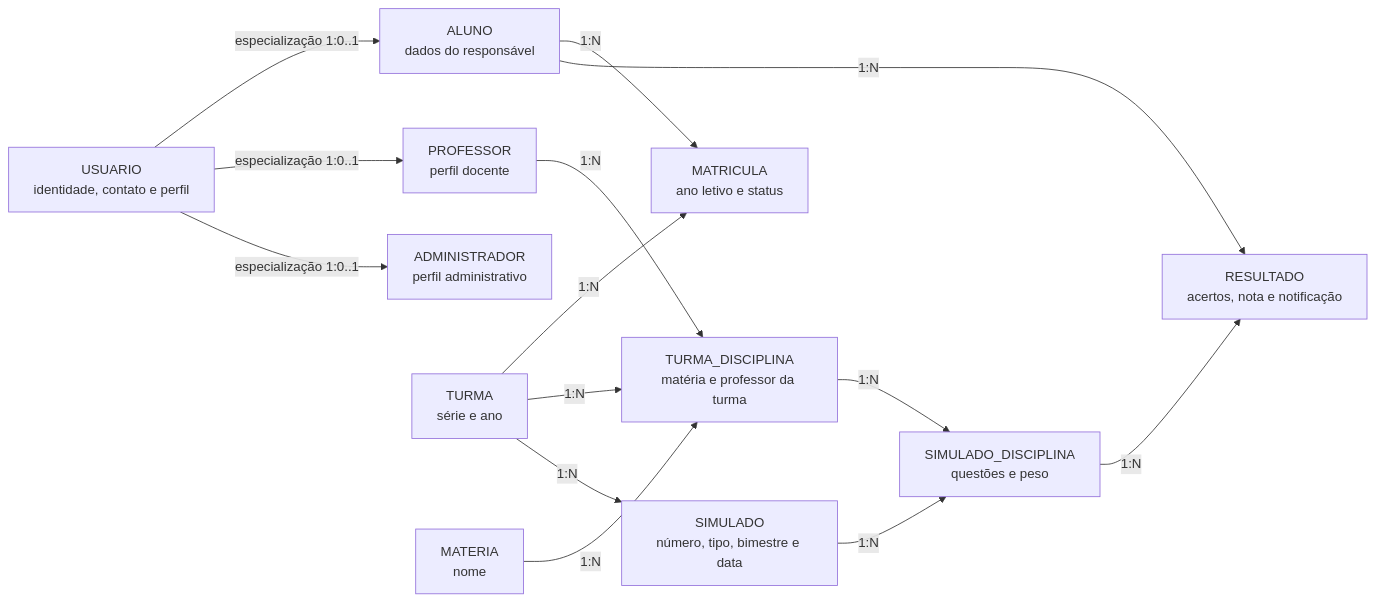
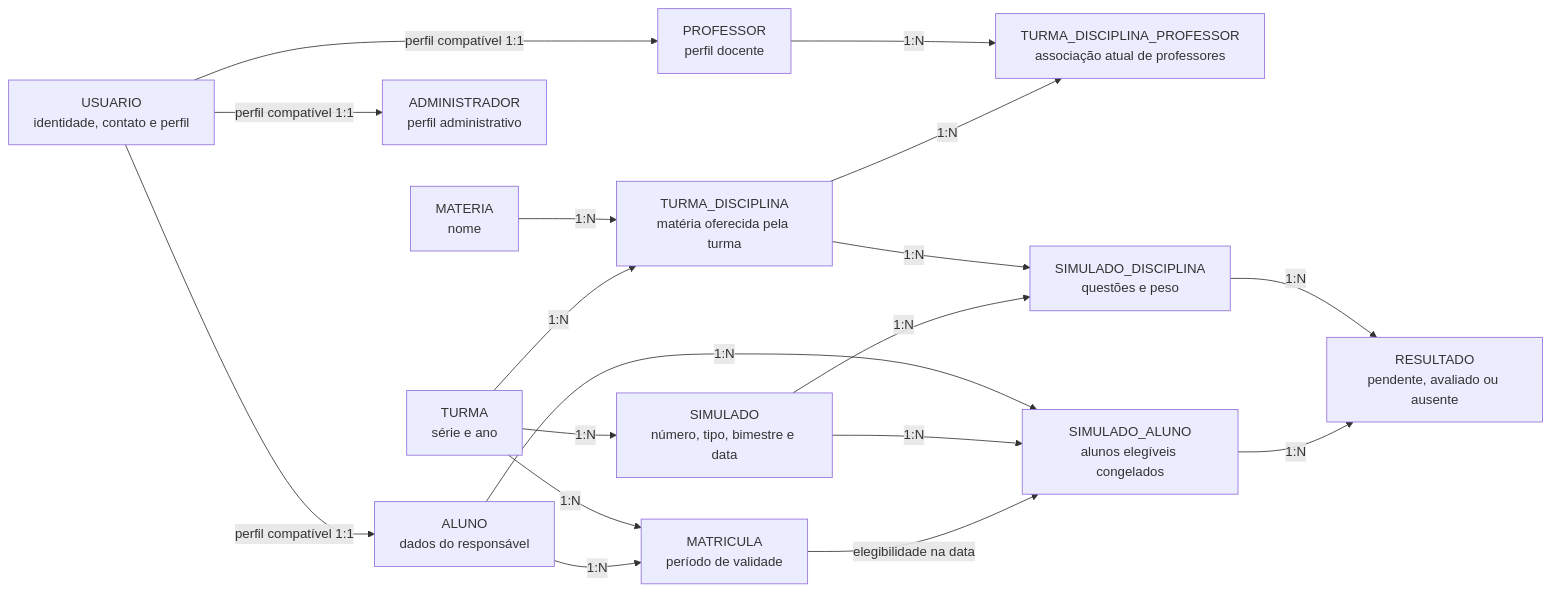
One commit to NotasMAX/Documentacao changed the first of 3 diagrams in README.md. Above: the diagram before and after it, drawn with Mermaid. The commit also changed other lines of this file, not shown here.

Commit message:
docs: atualiza diagramas conceituais do modelo de dados

````diff
--- a/README.md
+++ b/README.md
@@ -410,28 +412,34 @@
 ```mermaid
 flowchart LR
     U["USUARIO<br/>identidade, contato e perfil"]
     A["ALUNO<br/>dados do responsável"]
     P["PROFESSOR<br/>perfil docente"]
     AD["ADMINISTRADOR<br/>perfil administrativo"]
-    M["MATRICULA<br/>ano letivo e status"]
+    M["MATRICULA<br/>período de validade"]
     T["TURMA<br/>série e ano"]
     MT["MATERIA<br/>nome"]
-    TD["TURMA_DISCIPLINA<br/>matéria e professor da turma"]
+    TD["TURMA_DISCIPLINA<br/>matéria oferecida pela turma"]
+    TDP["TURMA_DISCIPLINA_PROFESSOR<br/>associação atual de professores"]
     S["SIMULADO<br/>número, tipo, bimestre e data"]
     SD["SIMULADO_DISCIPLINA<br/>questões e peso"]
-    R["RESULTADO<br/>acertos, nota e notificação"]
+    SA["SIMULADO_ALUNO<br/>alunos elegíveis congelados"]
+    R["RESULTADO<br/>pendente, avaliado ou ausente"]
 
-    U -->|"especialização 1:0..1"| A
-    U -->|"especialização 1:0..1"| P
-    U -->|"especialização 1:0..1"| AD
+    U -->|"perfil compatível 1:1"| A
+    U -->|"perfil compatível 1:1"| P
+    U -->|"perfil compatível 1:1"| AD
     A -->|"1:N"| M
     T -->|"1:N"| M
     T -->|"1:N"| TD
     MT -->|"1:N"| TD
-    P -->|"1:N"| TD
+    TD -->|"1:N"| TDP
+    P -->|"1:N"| TDP
     T -->|"1:N"| S
     S -->|"1:N"| SD
     TD -->|"1:N"| SD
+    M -->|"elegibilidade na data"| SA
+    S -->|"1:N"| SA
+    A -->|"1:N"| SA
+    SA -->|"1:N"| R
     SD -->|"1:N"| R
-    A -->|"1:N"| R
 ```
````
